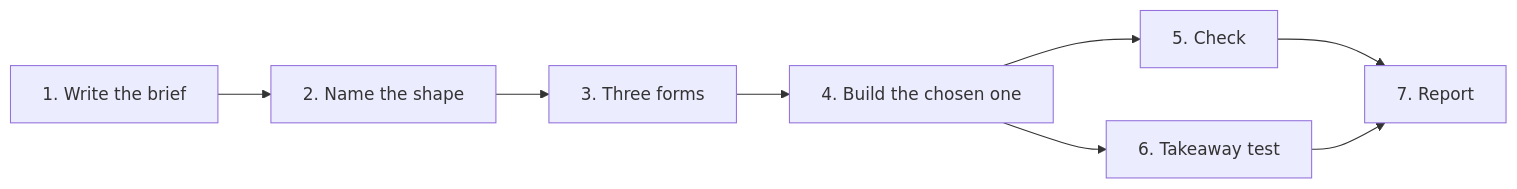
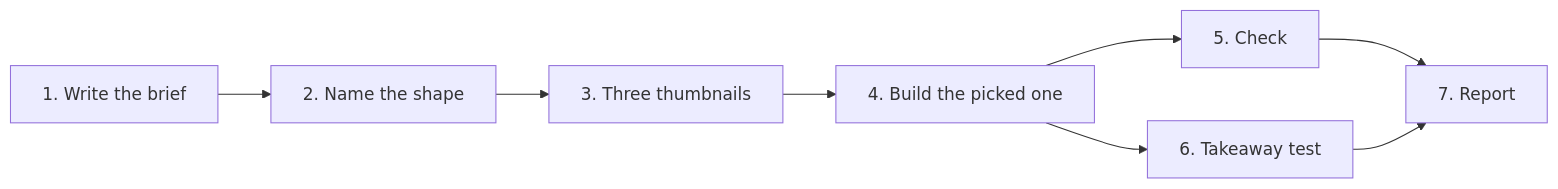
The diagram in designs/skills/visual-explainer/SKILL.md (HJeon139/postbox), drawn with Mermaid before and after one commit. The commit also changed other lines of this file and 1 other file, not shown here.

First line of the commit message:
feat(skills): the visual explainer draws three thumbnails before the full visual

````diff
--- a/designs/skills/visual-explainer/SKILL.md
+++ b/designs/skills/visual-explainer/SKILL.md
@@ -34,10 +34,10 @@
 ```mermaid
 flowchart LR
   brief["1. Write the brief"] --> shape["2. Name the shape"]
-  shape --> forms["3. Three forms"]
-  forms --> build["4. Build the chosen one"]
+  shape --> forms["3. Three thumbnails"]
+  forms --> build["4. Build the picked one"]
   build --> check["5. Check"]
   build --> take["6. Takeaway test"]
   check --> report["7. Report"]
   take --> report
 ```
````
